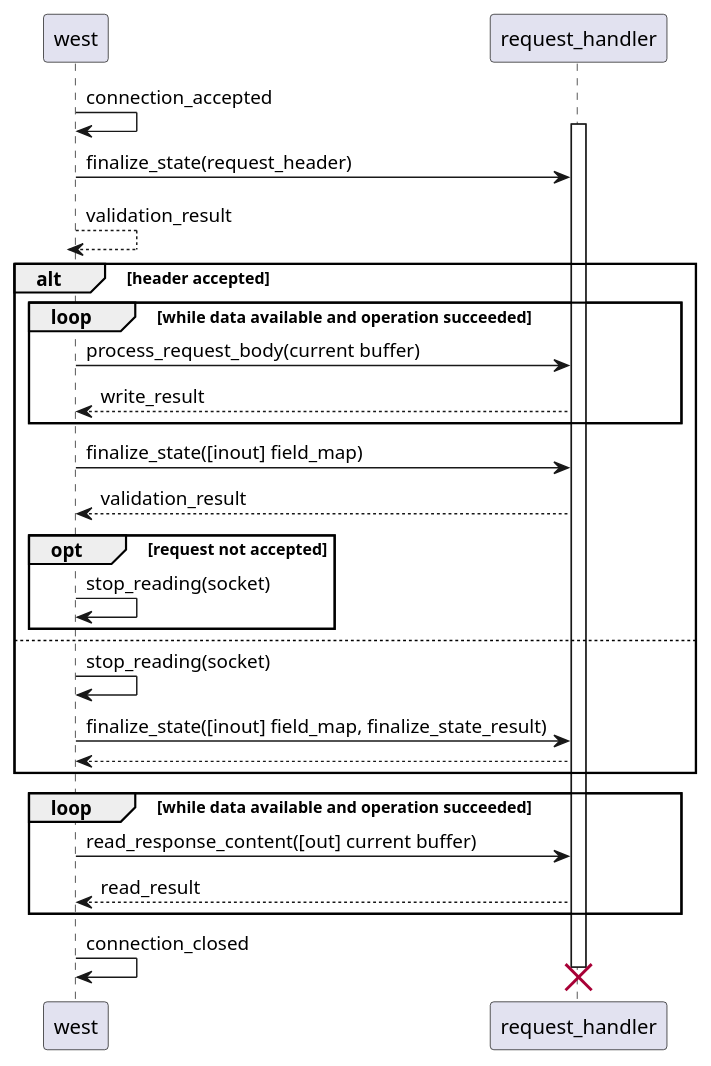
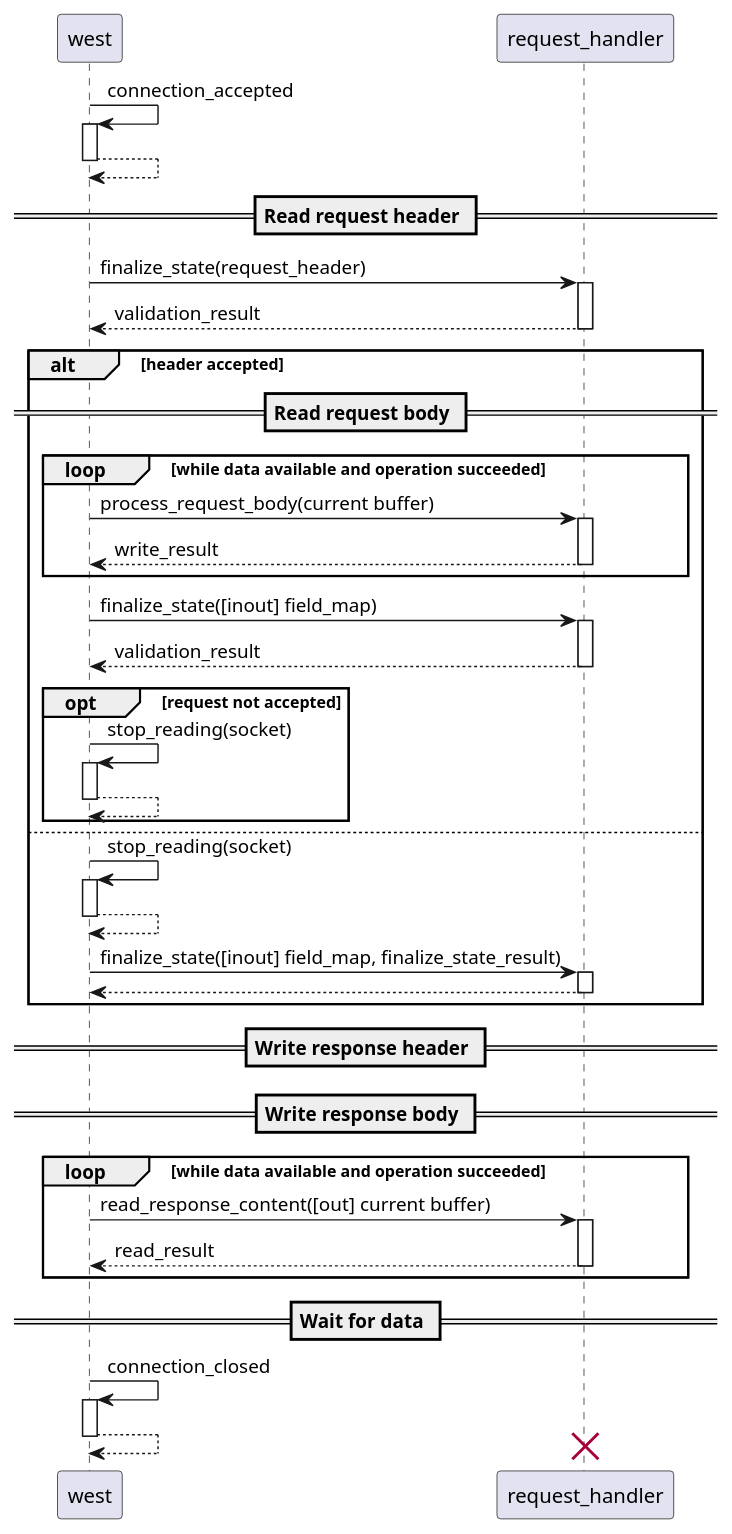
Before and after one commit to milasudril/west: the diagram in doc/request_handling.puml, drawn with PlantUML.

Commit message:
Improve sequence diagram

```diff
--- a/doc/request_handling.puml
+++ b/doc/request_handling.puml
@@ -1,27 +1,36 @@
 @startuml
+autoactivate on
 west -> west:connection_accepted
-activate request_handler
+return
+== Read request header ==
 west -> request_handler:finalize_state(request_header)
 return validation_result
 alt header accepted
+== Read request body ==
 	loop while data available and operation succeeded
 		west -> request_handler:process_request_body(current buffer)
 		return write_result
 	end
 	west -> request_handler:finalize_state([inout] field_map)
 	return validation_result
 	opt request not accepted
 		west -> west:stop_reading(socket)
+		return
 	end
 else
 	west -> west:stop_reading(socket)
+	return
 	west -> request_handler:finalize_state([inout] field_map, finalize_state_result)
 	return
 end
+== Write response header ==
+== Write response body ==
 loop while data available and operation succeeded
 	west -> request_handler:read_response_content([out] current buffer)
 	return read_result
 end
+== Wait for data ==
 west -> west:connection_closed
+return
 destroy request_handler
 @enduml
```
